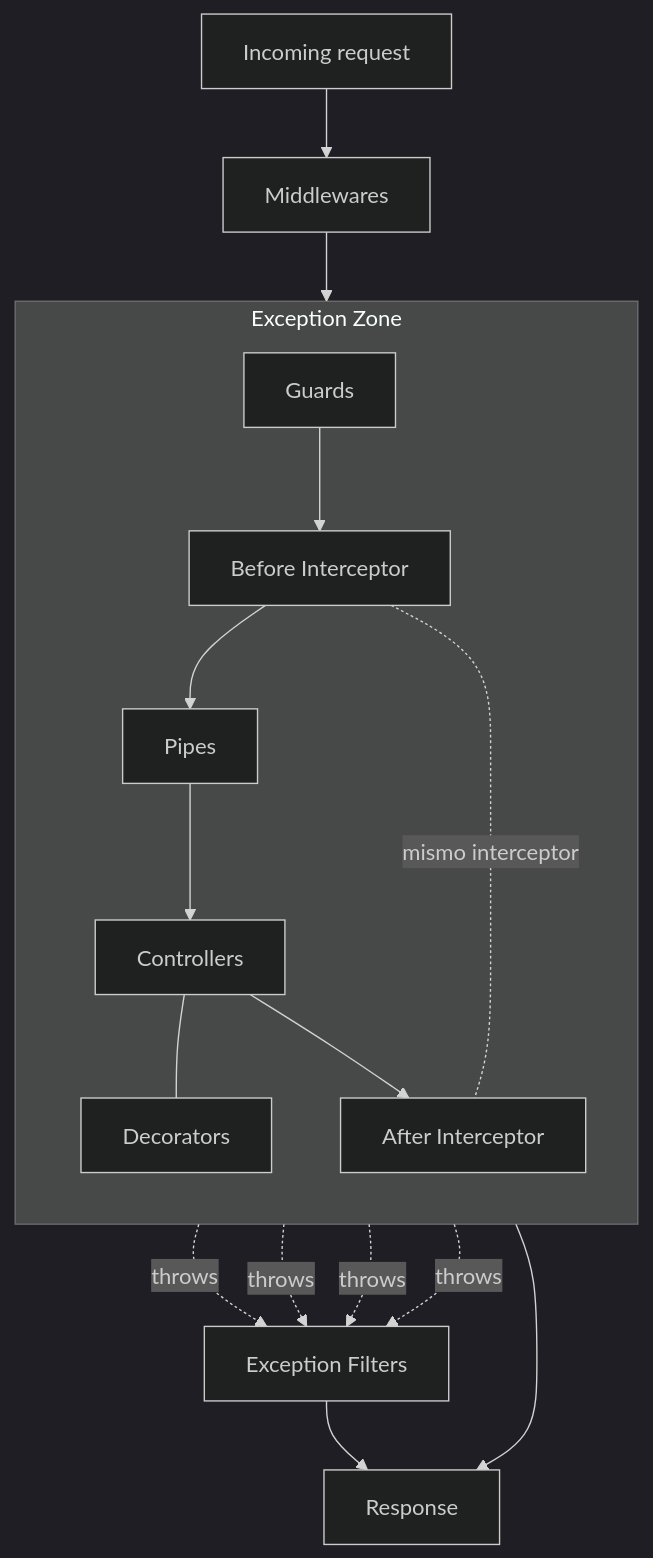
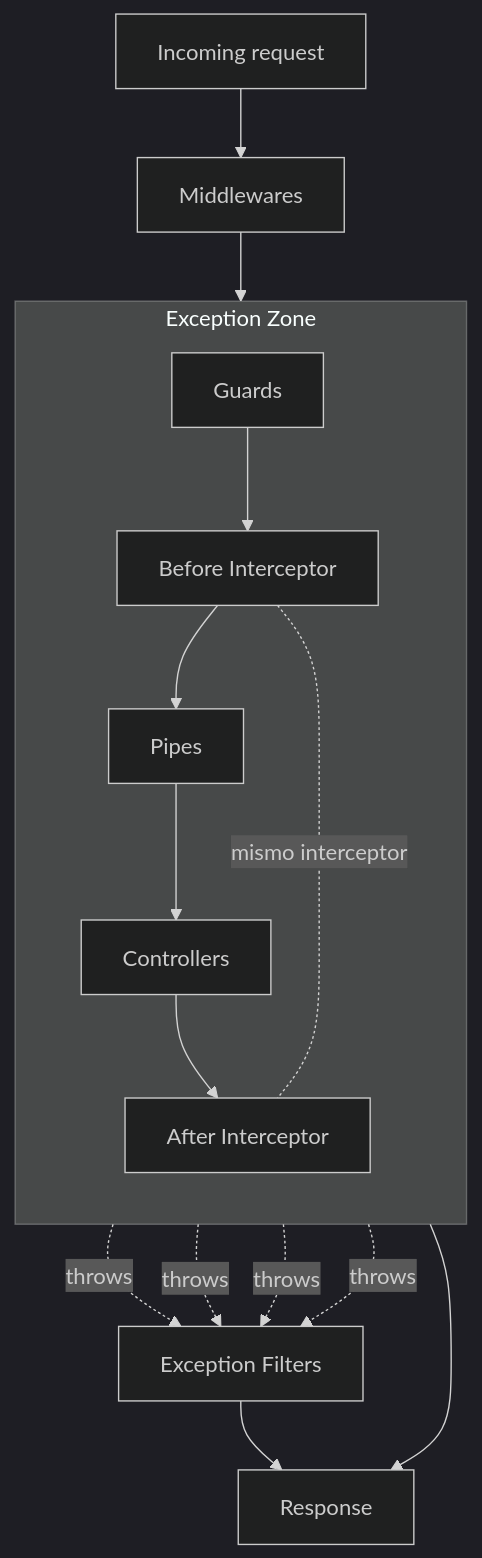
The diagram in content/nestjs/fundamentals/request-lifecycle.md (LOsioChico/knowledge-base), drawn with Mermaid (dark theme) before and after one commit.

Commit message:
docs: drop Decorators node — not in official lifecycle

````diff
--- a/content/nestjs/fundamentals/request-lifecycle.md
+++ b/content/nestjs/fundamentals/request-lifecycle.md
@@ -22,20 +22,19 @@
 ```mermaid
 flowchart TD
     A[Incoming request] --> M[Middlewares]
     M --> EZ
     subgraph EZ [Exception Zone]
         direction TB
         G[Guards] --> BI[Before Interceptor]
         BI --> P[Pipes]
         P --> C[Controllers]
-        C --- D[Decorators]
         C --> AI[After Interceptor]
     end
     BI -. mismo interceptor .- AI
     AI --> R[Response]
     G -.throws.-> EF[Exception Filters]
     BI -.throws.-> EF
     P -.throws.-> EF
     C -.throws.-> EF
     EF --> R
 ```
````
